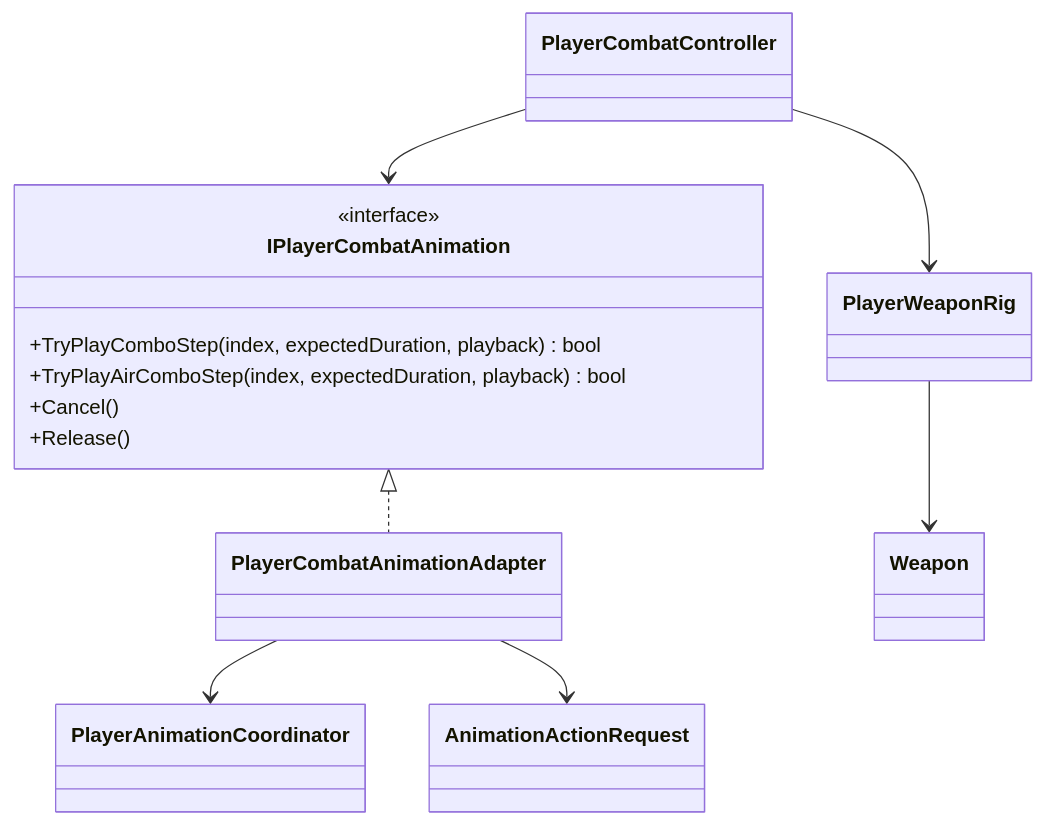
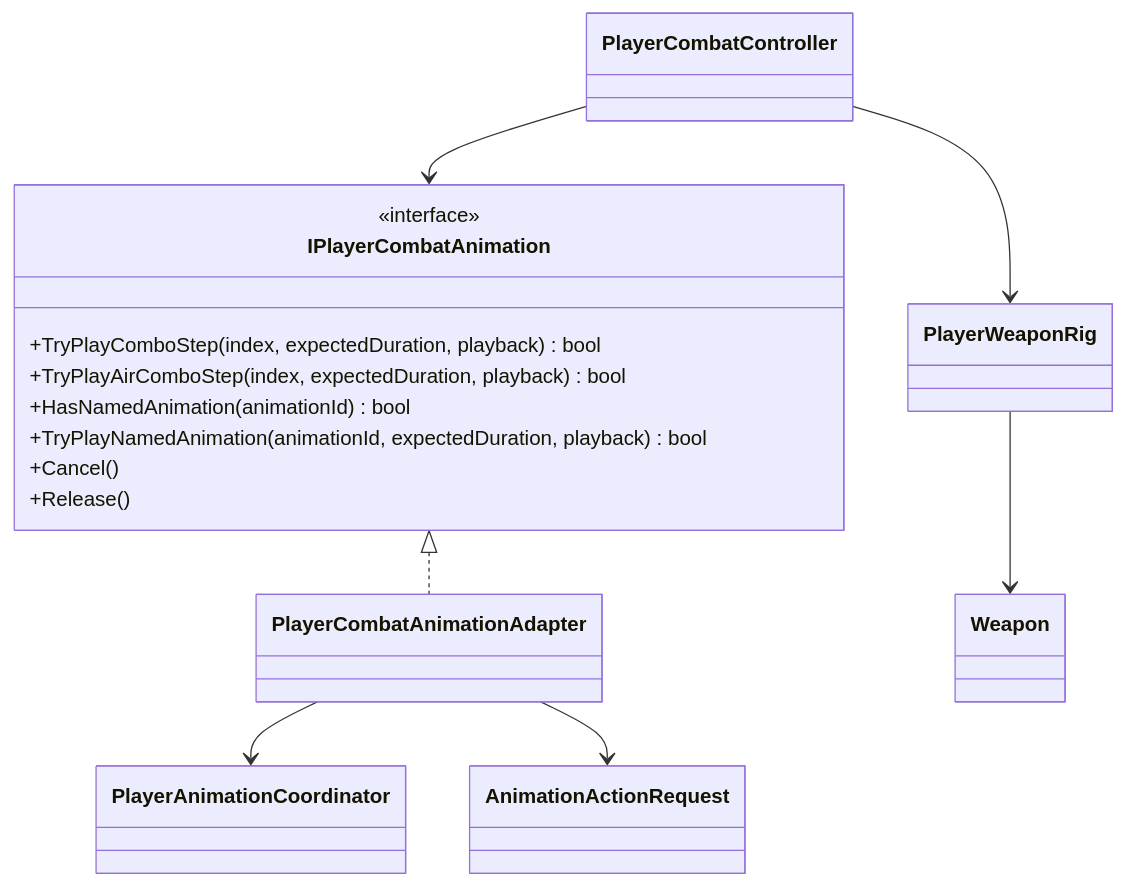
Before and after one commit to MaximFonariuc/project-s: the diagram in Assets/_App/Core/Runtime/Combat/Player/README.md, drawn with Mermaid. The commit also changed other lines of this file and 12 other files, not shown here.

````diff
--- a/Assets/_App/Core/Runtime/Combat/Player/README.md
+++ b/Assets/_App/Core/Runtime/Combat/Player/README.md
@@ -6,23 +6,25 @@
 ```mermaid
 classDiagram
     class PlayerCombatController
     class IPlayerCombatAnimation {
         <<interface>>
         +TryPlayComboStep(index, expectedDuration, playback) bool
         +TryPlayAirComboStep(index, expectedDuration, playback) bool
+        +HasNamedAnimation(animationId) bool
+        +TryPlayNamedAnimation(animationId, expectedDuration, playback) bool
         +Cancel()
         +Release()
     }
     class PlayerCombatAnimationAdapter
     class PlayerAnimationCoordinator
     class AnimationActionRequest
     class PlayerWeaponRig
     class Weapon
 
     PlayerCombatController --> IPlayerCombatAnimation
     IPlayerCombatAnimation <|.. PlayerCombatAnimationAdapter
     PlayerCombatAnimationAdapter --> PlayerAnimationCoordinator
     PlayerCombatAnimationAdapter --> AnimationActionRequest
     PlayerCombatController --> PlayerWeaponRig
     PlayerWeaponRig --> Weapon
 ```
````
